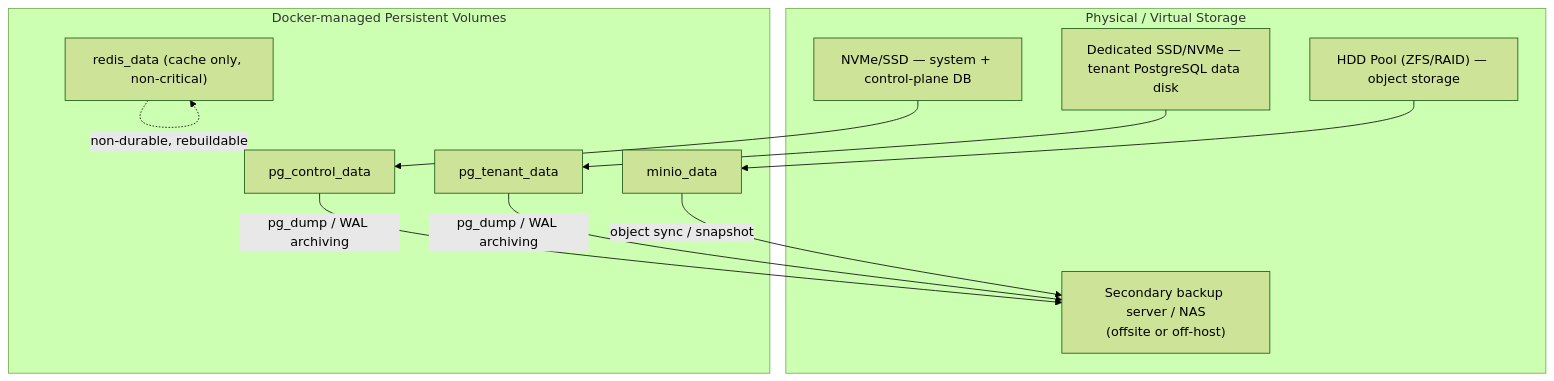
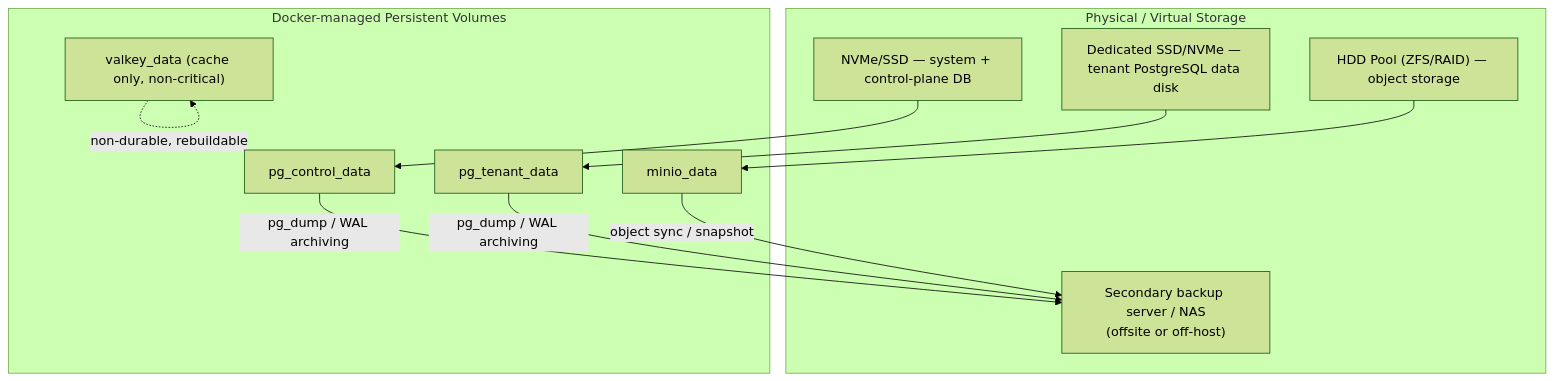
The third of 4 diagrams in docs/architecture/ARCHITECTURE.md (lamek-star/intra-cloude), drawn with Mermaid (forest theme) before and after one commit. The commit also changed other lines of this file and 97 other files, not shown here.

````diff
--- a/docs/architecture/ARCHITECTURE.md
+++ b/docs/architecture/ARCHITECTURE.md
@@ -157,24 +157,24 @@
 ```mermaid
 flowchart TB
     subgraph Hardware["Physical / Virtual Storage"]
         NVMe["NVMe/SSD — system + control-plane DB"]
         SSD2["Dedicated SSD/NVMe — tenant PostgreSQL data disk"]
         HDDPool["HDD Pool (ZFS/RAID) — object storage"]
         Backup["Secondary backup server / NAS\n(offsite or off-host)"]
     end
 
     subgraph Volumes["Docker-managed Persistent Volumes"]
         VPGControl["pg_control_data"]
         VPGTenant["pg_tenant_data"]
         VObj["minio_data"]
-        VRedis["redis_data (cache only, non-critical)"]
+        VRedis["valkey_data (cache only, non-critical)"]
     end
 
     NVMe --> VPGControl
     SSD2 --> VPGTenant
     HDDPool --> VObj
     VPGControl -->|pg_dump / WAL archiving| Backup
     VPGTenant -->|pg_dump / WAL archiving| Backup
     VObj -->|object sync / snapshot| Backup
     VRedis -.non-durable, rebuildable.-> VRedis
 ```
````
